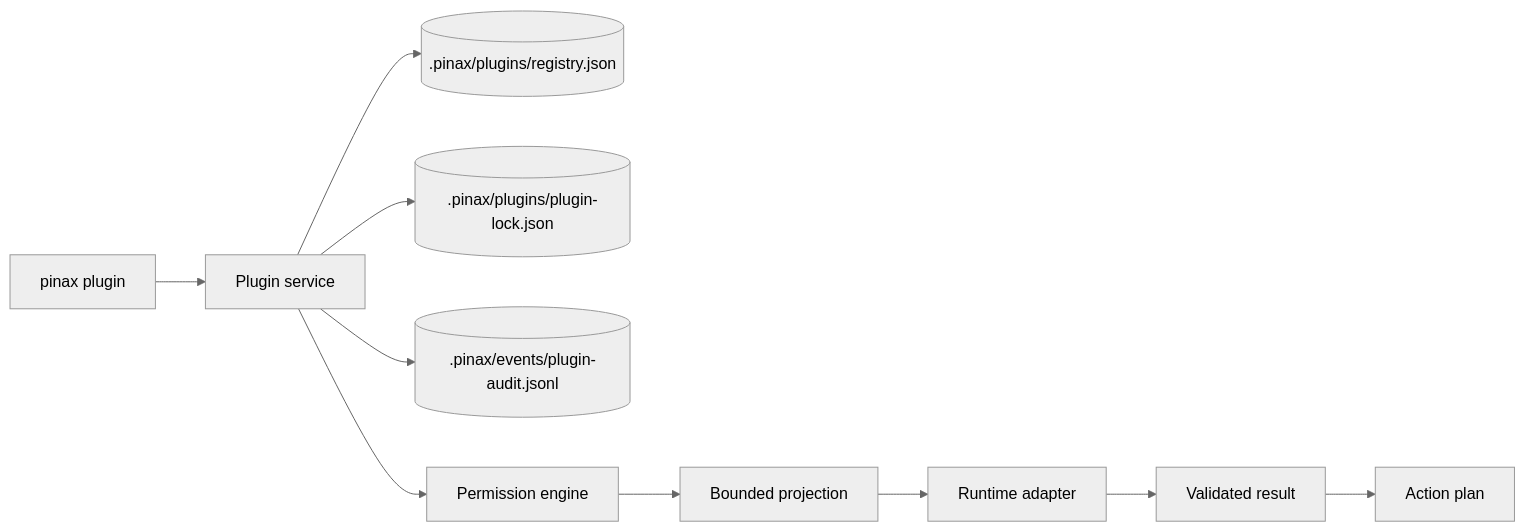
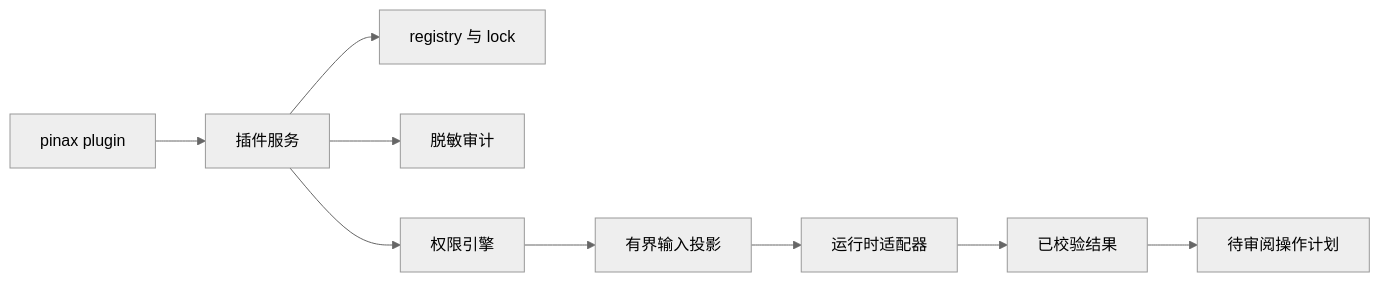
The diagram in docs/architecture/plugin-runtime.md (yeisme/pinax), drawn with Mermaid (neutral theme) before and after one commit. The commit also changed other lines of this file and 119 other files, not shown here.

````diff
--- a/docs/architecture/plugin-runtime.md
+++ b/docs/architecture/plugin-runtime.md
@@ -5,23 +5,11 @@
 ```mermaid
 flowchart LR
-  CLI[pinax plugin]
-  Service[Plugin service]
-  Registry[(.pinax/plugins/registry.json)]
-  Lock[(.pinax/plugins/plugin-lock.json)]
-  Audit[(.pinax/events/plugin-audit.jsonl)]
-  Policy[Permission engine]
-  Input[Bounded projection]
-  Runner[Runtime adapter]
-  Output[Validated result]
-  Plan[Action plan]
-
-  CLI --> Service
-  Service --> Registry
-  Service --> Lock
-  Service --> Audit
-  Service --> Policy
-  Policy --> Input
-  Input --> Runner
-  Runner --> Output
-  Output --> Plan
+  CLI[pinax plugin] --> Service[插件服务]
+  Service --> Registry[registry 与 lock]
+  Service --> Audit[脱敏审计]
+  Service --> Policy[权限引擎]
+  Policy --> Input[有界输入投影]
+  Input --> Runner[运行时适配器]
+  Runner --> Output[已校验结果]
+  Output --> Plan[待审阅操作计划]
 ```
````
